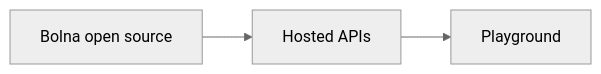
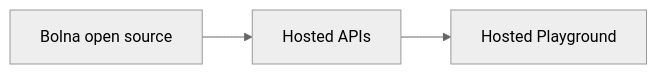
The diagram in README.md (Oxin-ai/Oxin), drawn with Mermaid (neutral theme) before and after one commit. The commit also changed other lines of this file, not shown here.

````diff
--- a/README.md
+++ b/README.md
@@ -53,5 +53,5 @@
 ```mermaid
 graph LR;
     A[Bolna open source] -->B[Hosted APIs];
-    B[Hosted APIs] --> C[Playground]
+    B[Hosted APIs] --> C[Hosted Playground]
 ```
````
